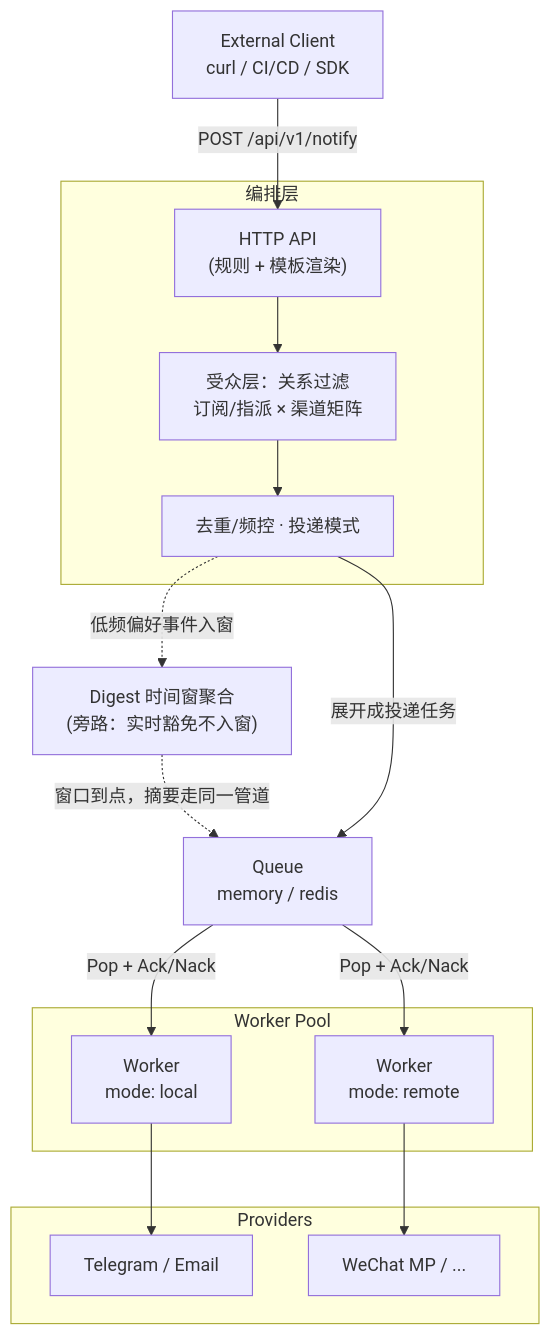
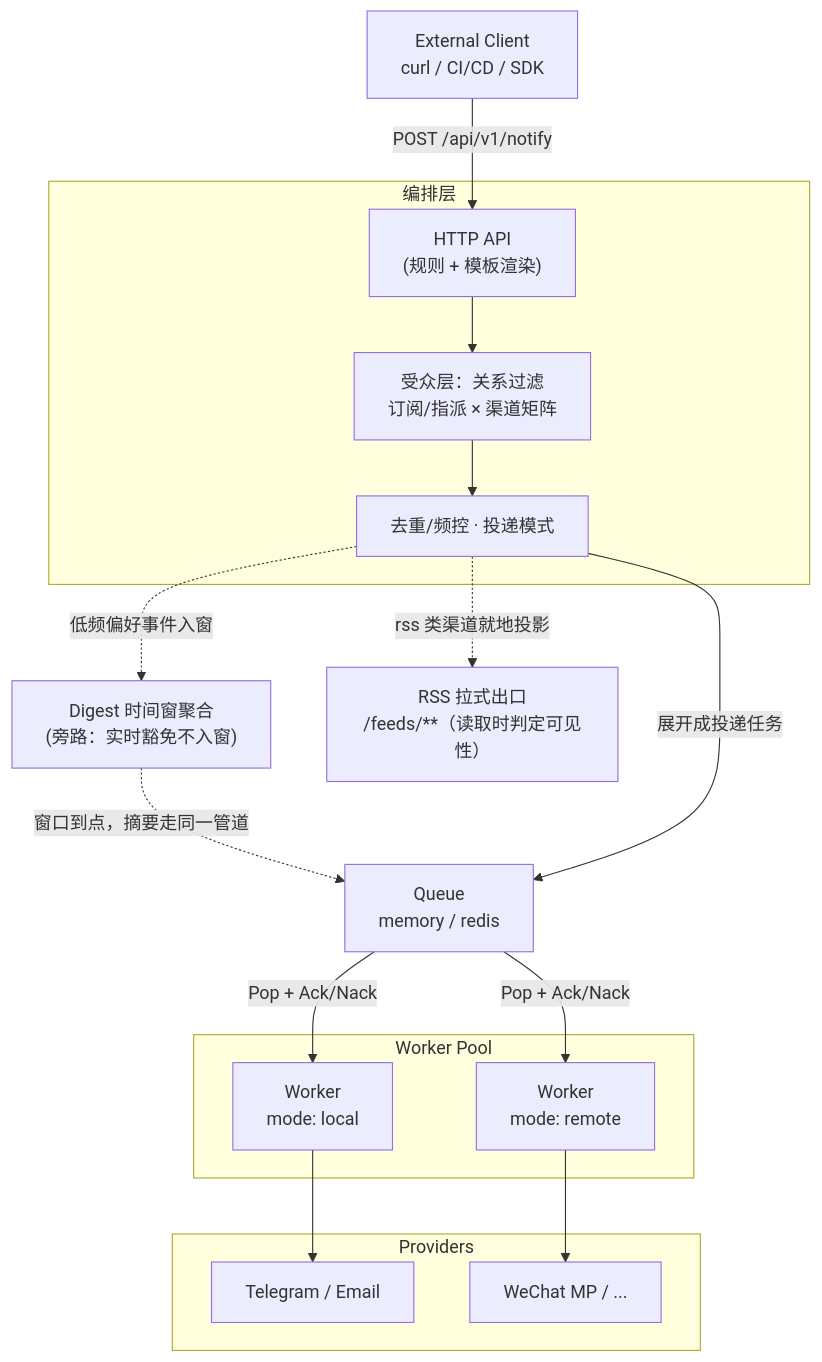
The diagram in README.md (cuihairu/herald), drawn with Mermaid before and after one commit. The commit also changed other lines of this file and 6 other files, not shown here.

````diff
--- a/README.md
+++ b/README.md
@@ -172,35 +173,37 @@
 ```mermaid
 graph TB
     Client["External Client<br/>curl / CI/CD / SDK"]
 
     subgraph Orchestration["编排层"]
         API["HTTP API<br/>(规则 + 模板渲染)"]
         Filter["受众层：关系过滤<br/>订阅/指派 × 渠道矩阵"]
         Fold["去重/频控 · 投递模式"]
     end
 
     Digest["Digest 时间窗聚合<br/>(旁路：实时豁免不入窗)"]
+    RSS["RSS 拉式出口<br/>/feeds/**（读取时判定可见性）"]
 
     Queue["Queue<br/>memory / redis"]
 
     subgraph Workers["Worker Pool"]
         W1["Worker<br/>mode: local"]
         W3["Worker<br/>mode: remote"]
     end
 
     subgraph Providers
         P1["Telegram / Email"]
         P3["WeChat MP / ..."]
     end
 
     Client -->|POST /api/v1/notify| API
     API --> Filter
     Filter --> Fold
     Fold -.->|"低频偏好事件入窗"| Digest
     Digest -.->|"窗口到点，摘要走同一管道"| Queue
+    Fold -.->|"rss 类渠道就地投影"| RSS
     Fold -->|"展开成投递任务"| Queue
     Queue -->|Pop + Ack/Nack| W1
     Queue -->|Pop + Ack/Nack| W3
     W1 --> P1
     W3 --> P3
 ```
````
